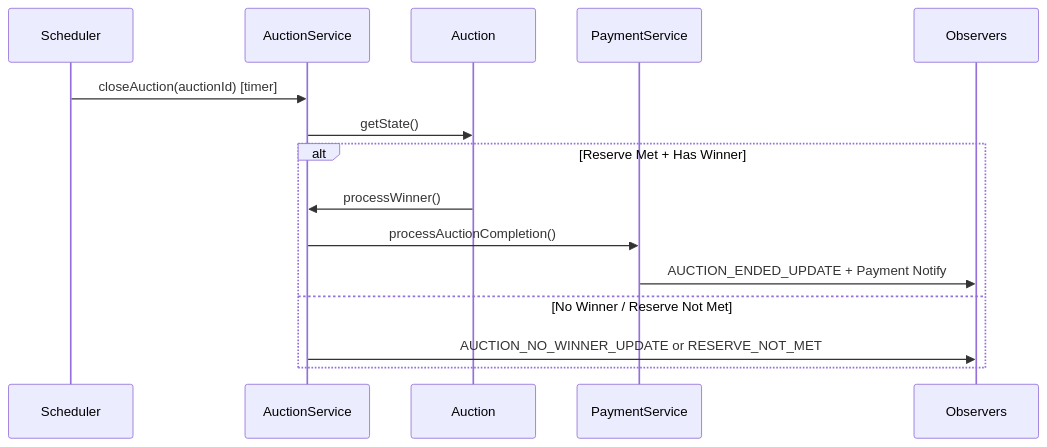
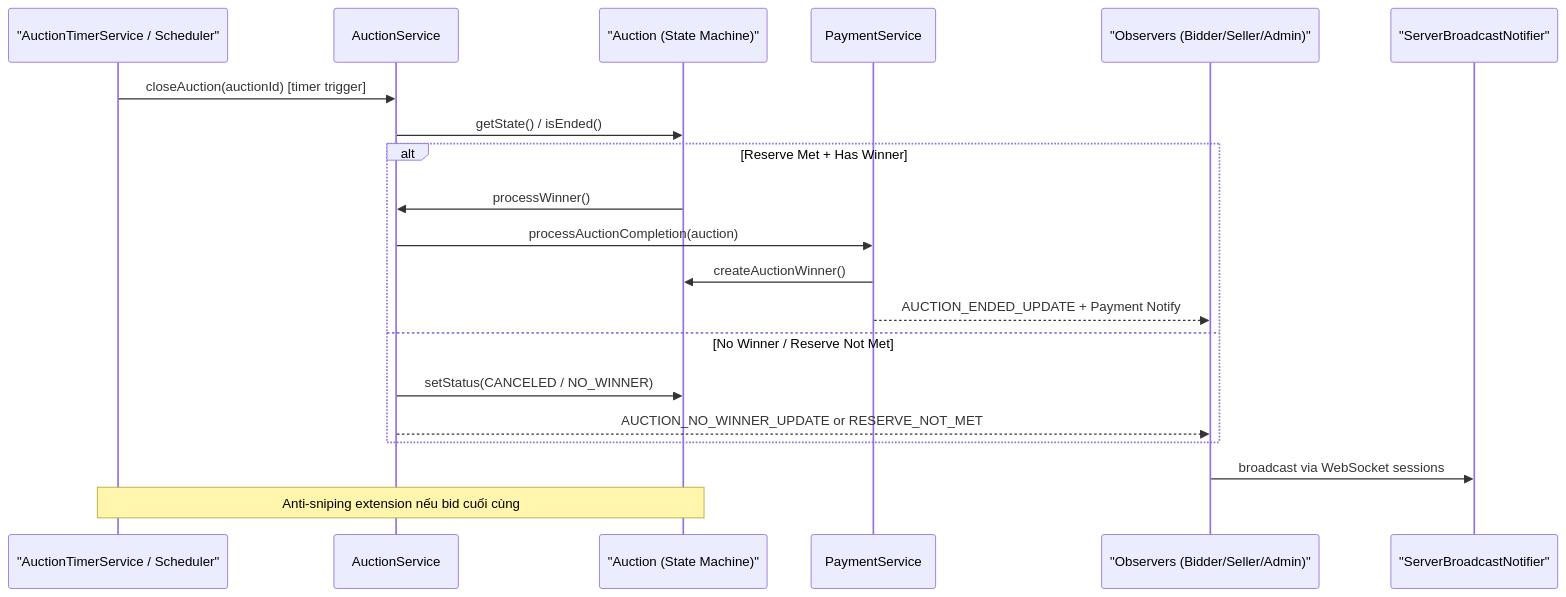
The diagram in AuctionLifecycleSequenceDiagram.md (vuxgiakhanh-source/online-auction-system), drawn with Mermaid before and after one commit. The commit also changed 6 other files, not shown here.

Commit message:
update test sessions and sequence diagrams

````diff
--- a/AuctionLifecycleSequenceDiagram.md
+++ b/AuctionLifecycleSequenceDiagram.md
@@ -3,19 +3,25 @@
 ```mermaid
 sequenceDiagram
-    participant Scheduler
-    participant AuctionSvc as AuctionService
-    participant Auction
-    participant PaymentSvc as PaymentService
-    participant Observers
+    participant Scheduler as "AuctionTimerService / Scheduler"
+    participant AuctionService
+    participant Auction as "Auction (State Machine)"
+    participant PaymentService
+    participant Observers as "Observers (Bidder/Seller/Admin)"
+    participant WebSocket as "ServerBroadcastNotifier"
 
-    Scheduler->>AuctionSvc: closeAuction(auctionId) [timer]
-    AuctionSvc->>Auction: getState()
+    Scheduler->>AuctionService: closeAuction(auctionId) [timer trigger]
+    AuctionService->>Auction: getState() / isEnded()
     
     alt Reserve Met + Has Winner
-        Auction->>AuctionSvc: processWinner()
-        AuctionSvc->>PaymentSvc: processAuctionCompletion()
-        PaymentSvc->>Observers: AUCTION_ENDED_UPDATE + Payment Notify
+        Auction->>AuctionService: processWinner()
+        AuctionService->>PaymentService: processAuctionCompletion(auction)
+        PaymentService->>Auction: createAuctionWinner()
+        PaymentService-->>Observers: AUCTION_ENDED_UPDATE + Payment Notify
     else No Winner / Reserve Not Met
-        AuctionSvc->>Observers: AUCTION_NO_WINNER_UPDATE or RESERVE_NOT_MET
+        AuctionService->>Auction: setStatus(CANCELED / NO_WINNER)
+        AuctionService-->>Observers: AUCTION_NO_WINNER_UPDATE or RESERVE_NOT_MET
     end
+
+    Observers->>WebSocket: broadcast via WebSocket sessions
+    Note over Scheduler,Auction: Anti-sniping extension nếu bid cuối cùng
 ```
````
